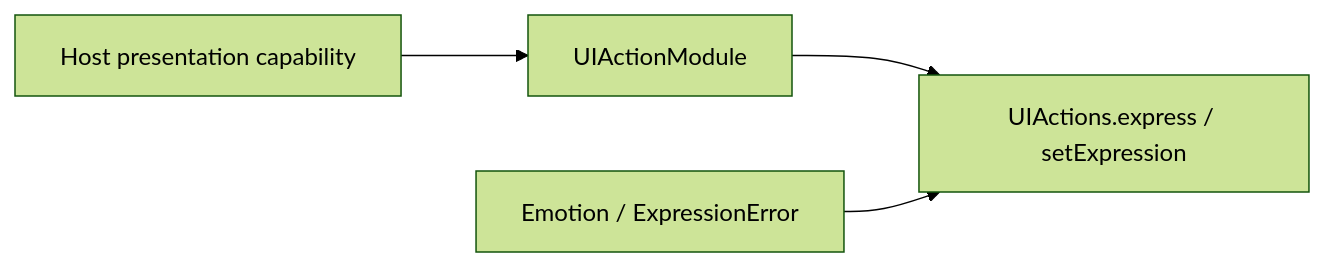
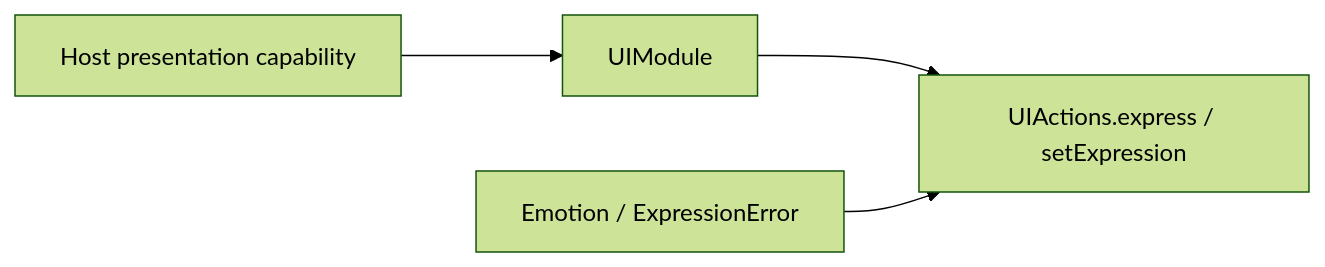
Before and after one commit to devilyouwei/MobileHarness: the first of 2 diagrams in MobileHarness/Actions/UI/Support/README.md, drawn with Mermaid (forest theme). The commit also changed other lines of this file and 238 other files, not shown here.

````diff
--- a/MobileHarness/Actions/UI/Support/README.md
+++ b/MobileHarness/Actions/UI/Support/README.md
@@ -7,6 +7,6 @@
 ```mermaid
 flowchart LR
-    Capability[Host presentation capability] --> Module[UIActionModule]
+    Capability[Host presentation capability] --> Module[UIModule]
     Module --> Entry[UIActions.express / setExpression]
     Types[Emotion / ExpressionError] --> Entry
 ```
````
